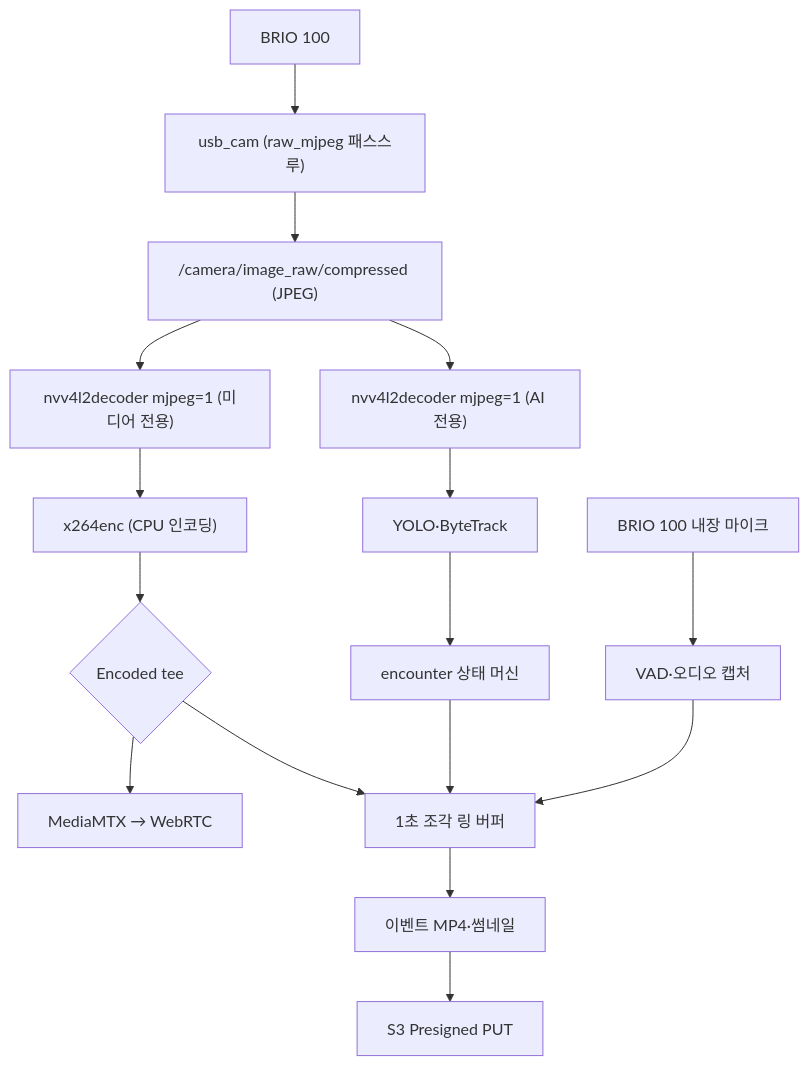
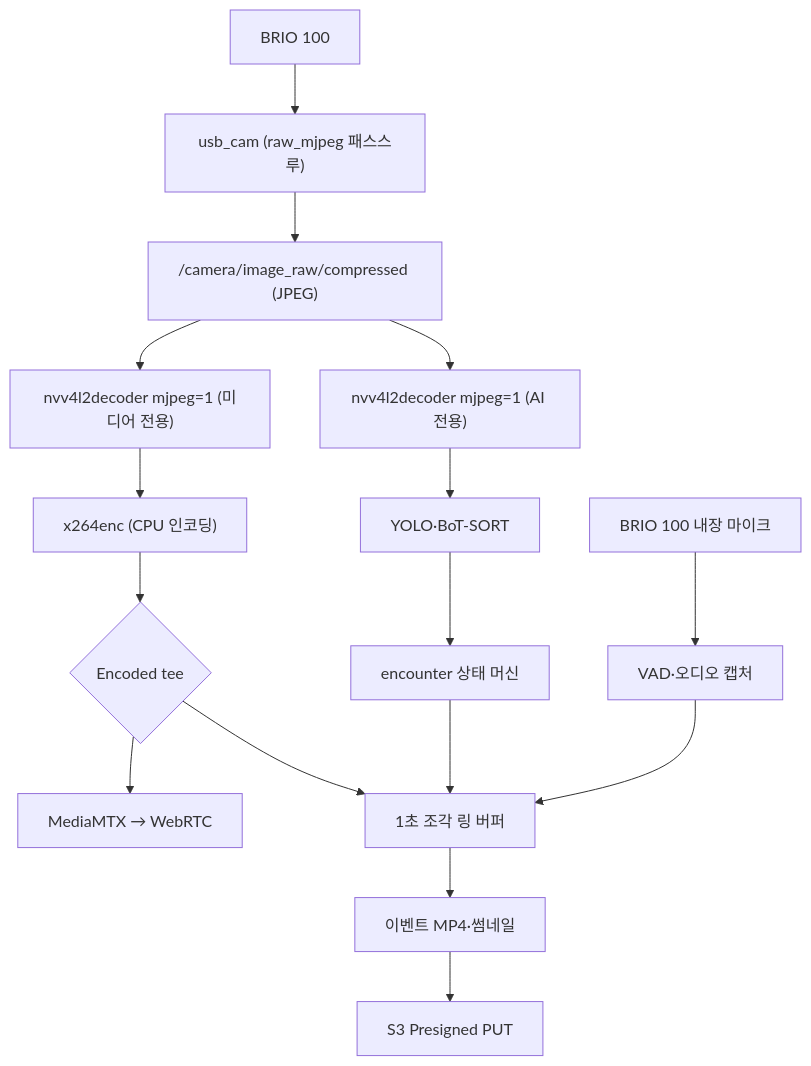
One commit to Common-AIOT/Sentinel-UGV changed the fourth of 5 diagrams in docs/05-통신-서버-영상.md. Above: the diagram before and after it, drawn with Mermaid. The commit also changed other lines of this file and 18 other files, not shown here.

````diff
--- a/docs/05-통신-서버-영상.md
+++ b/docs/05-통신-서버-영상.md
@@ -1242,18 +1259,18 @@
 ```mermaid
 flowchart TD
     cam["BRIO 100"] --> capture["usb_cam (raw_mjpeg 패스스루)"]
     mic["BRIO 100 내장 마이크"] --> audio["VAD·오디오 캡처"]
     capture --> topic["/camera/image_raw/compressed (JPEG)"]
     topic --> aidec["nvv4l2decoder mjpeg=1 (AI 전용)"]
-    aidec --> ai["YOLO·ByteTrack"]
+    aidec --> ai["YOLO·BoT-SORT"]
     topic --> mdec["nvv4l2decoder mjpeg=1 (미디어 전용)"]
     mdec --> enc["x264enc (CPU 인코딩)"]
     enc --> enctee{"Encoded tee"}
     enctee --> media["MediaMTX → WebRTC"]
     enctee --> ring["1초 조각 링 버퍼"]
     ai --> event["encounter 상태 머신"]
     event --> ring
     audio --> ring
     ring --> local["이벤트 MP4·썸네일"]
     local --> s3["S3 Presigned PUT"]
 ```
````
